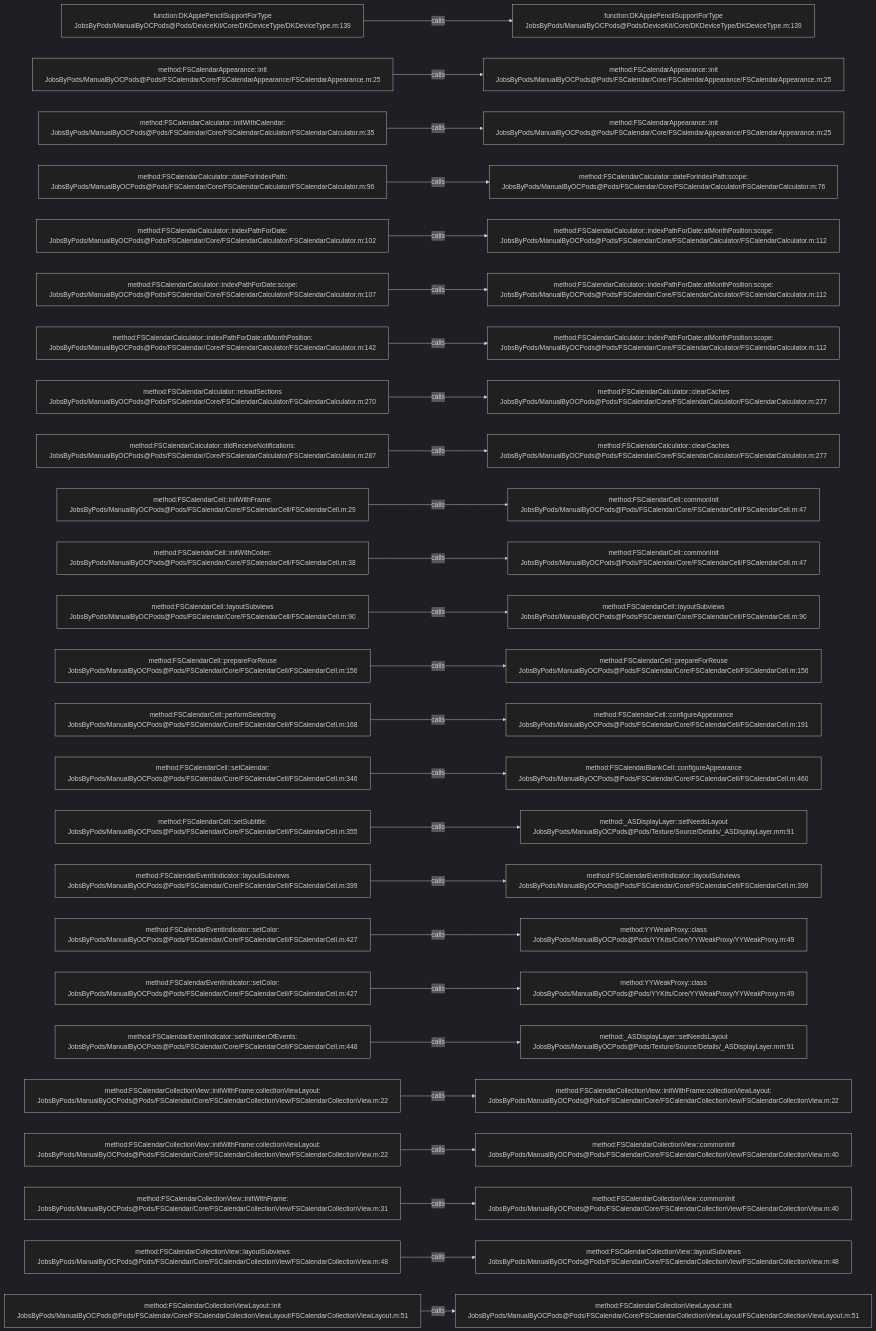
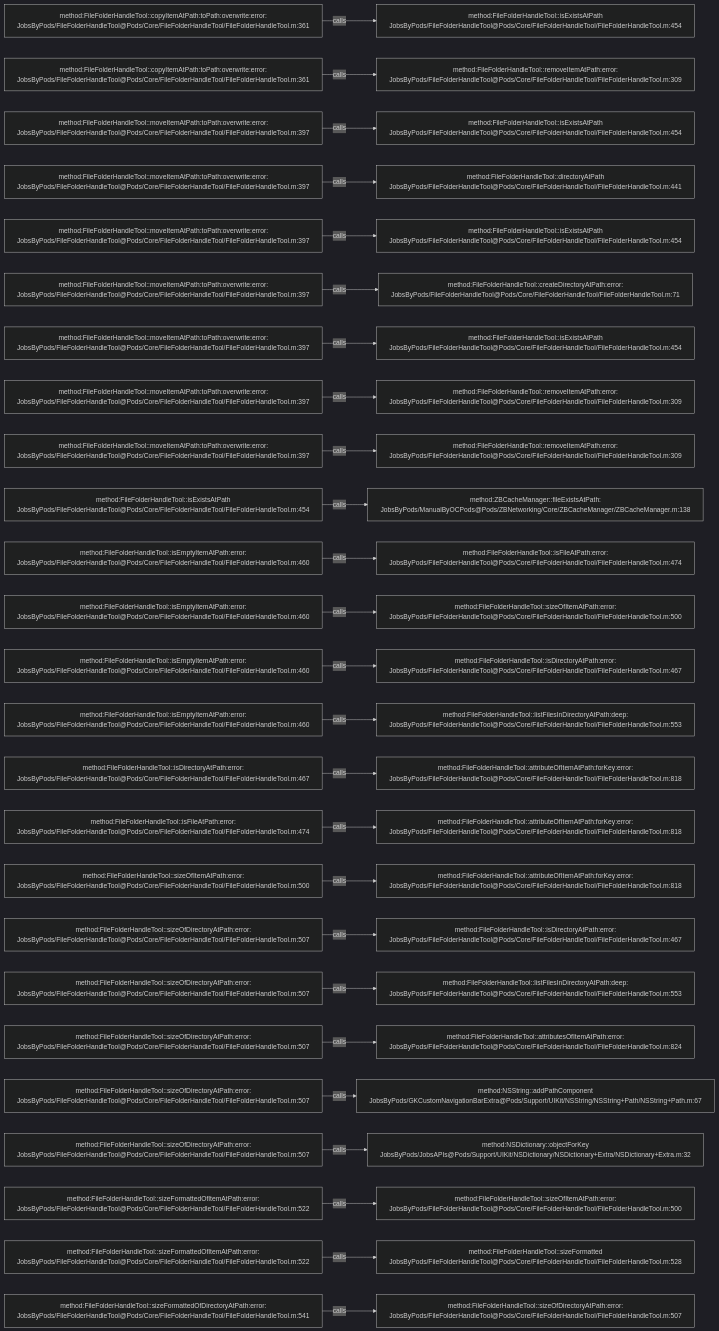
The diagram in .codegraph/codegraph.md/graphs/calls-007.md (JobsKits/JobsOCBaseConfigDemo), drawn with Mermaid (dark theme) before and after one commit. The commit also changed 768 other files, not shown here.

````diff
--- a/.codegraph/codegraph.md/graphs/calls-007.md
+++ b/.codegraph/codegraph.md/graphs/calls-007.md
@@ -13,78 +13,78 @@
 ```mermaid
 flowchart LR
-  S1["function:DKApplePencilSupportForType<br/>JobsByPods/ManualByOCPods@Pods/DeviceKit/Core/DKDeviceType/DKDeviceType.m:139"]
-  T1["function:DKApplePencilSupportForType<br/>JobsByPods/ManualByOCPods@Pods/DeviceKit/Core/DKDeviceType/DKDeviceType.m:139"]
+  S1["method:FileFolderHandleTool::copyItemAtPath:toPath:overwrite:error:<br/>JobsByPods/FileFolderHandleTool@Pods/Core/FileFolderHandleTool/FileFolderHandleTool.m:361"]
+  T1["method:FileFolderHandleTool::isExistsAtPath<br/>JobsByPods/FileFolderHandleTool@Pods/Core/FileFolderHandleTool/FileFolderHandleTool.m:454"]
   S1 -->|calls| T1
-  S2["method:FSCalendarAppearance::init<br/>JobsByPods/ManualByOCPods@Pods/FSCalendar/Core/FSCalendarAppearance/FSCalendarAppearance.m:25"]
-  T2["method:FSCalendarAppearance::init<br/>JobsByPods/ManualByOCPods@Pods/FSCalendar/Core/FSCalendarAppearance/FSCalendarAppearance.m:25"]
+  S2["method:FileFolderHandleTool::copyItemAtPath:toPath:overwrite:error:<br/>JobsByPods/FileFolderHandleTool@Pods/Core/FileFolderHandleTool/FileFolderHandleTool.m:361"]
+  T2["method:FileFolderHandleTool::removeItemAtPath:error:<br/>JobsByPods/FileFolderHandleTool@Pods/Core/FileFolderHandleTool/FileFolderHandleTool.m:309"]
   S2 -->|calls| T2
-  S3["method:FSCalendarCalculator::initWithCalendar:<br/>JobsByPods/ManualByOCPods@Pods/FSCalendar/Core/FSCalendarCalculator/FSCalendarCalculator.m:35"]
-  T3["method:FSCalendarAppearance::init<br/>JobsByPods/ManualByOCPods@Pods/FSCalendar/Core/FSCalendarAppearance/FSCalendarAppearance.m:25"]
+  S3["method:FileFolderHandleTool::moveItemAtPath:toPath:overwrite:error:<br/>JobsByPods/FileFolderHandleTool@Pods/Core/FileFolderHandleTool/FileFolderHandleTool.m:397"]
+  T3["method:FileFolderHandleTool::isExistsAtPath<br/>JobsByPods/FileFolderHandleTool@Pods/Core/FileFolderHandleTool/FileFolderHandleTool.m:454"]
   S3 -->|calls| T3
-  S4["method:FSCalendarCalculator::dateForIndexPath:<br/>JobsByPods/ManualByOCPods@Pods/FSCalendar/Core/FSCalendarCalculator/FSCalendarCalculator.m:96"]
-  T4["method:FSCalendarCalculator::dateForIndexPath:scope:<br/>JobsByPods/ManualByOCPods@Pods/FSCalendar/Core/FSCalendarCalculator/FSCalendarCalculator.m:76"]
+  S4["method:FileFolderHandleTool::moveItemAtPath:toPath:overwrite:error:<br/>JobsByPods/FileFolderHandleTool@Pods/Core/FileFolderHandleTool/FileFolderHandleTool.m:397"]
+  T4["method:FileFolderHandleTool::directoryAtPath<br/>JobsByPods/FileFolderHandleTool@Pods/Core/FileFolderHandleTool/FileFolderHandleTool.m:441"]
   S4 -->|calls| T4
-  S5["method:FSCalendarCalculator::indexPathForDate:<br/>JobsByPods/ManualByOCPods@Pods/FSCalendar/Core/FSCalendarCalculator/FSCalendarCalculator.m:102"]
-  T5["method:FSCalendarCalculator::indexPathForDate:atMonthPosition:scope:<br/>JobsByPods/ManualByOCPods@Pods/FSCalendar/Core/FSCalendarCalculator/FSCalendarCalculator.m:112"]
+  S5["method:FileFolderHandleTool::moveItemAtPath:toPath:overwrite:error:<br/>JobsByPods/FileFolderHandleTool@Pods/Core/FileFolderHandleTool/FileFolderHandleTool.m:397"]
+  T5["method:FileFolderHandleTool::isExistsAtPath<br/>JobsByPods/FileFolderHandleTool@Pods/Core/FileFolderHandleTool/FileFolderHandleTool.m:454"]
   S5 -->|calls| T5
-  S6["method:FSCalendarCalculator::indexPathForDate:scope:<br/>JobsByPods/ManualByOCPods@Pods/FSCalendar/Core/FSCalendarCalculator/FSCalendarCalculator.m:107"]
-  T6["method:FSCalendarCalculator::indexPathForDate:atMonthPosition:scope:<br/>JobsByPods/ManualByOCPods@Pods/FSCalendar/Core/FSCalendarCalculator/FSCalendarCalculator.m:112"]
+  S6["method:FileFolderHandleTool::moveItemAtPath:toPath:overwrite:error:<br/>JobsByPods/FileFolderHandleTool@Pods/Core/FileFolderHandleTool/FileFolderHandleTool.m:397"]
+  T6["method:FileFolderHandleTool::createDirectoryAtPath:error:<br/>JobsByPods/FileFolderHandleTool@Pods/Core/FileFolderHandleTool/FileFolderHandleTool.m:71"]
   S6 -->|calls| T6
-  S7["method:FSCalendarCalculator::indexPathForDate:atMonthPosition:<br/>JobsByPods/ManualByOCPods@Pods/FSCalendar/Core/FSCalendarCalculator/FSCalendarCalculator.m:142"]
-  T7["method:FSCalendarCalculator::indexPathForDate:atMonthPosition:scope:<br/>JobsByPods/ManualByOCPods@Pods/FSCalendar/Core/FSCalendarCalculator/FSCalendarCalculator.m:112"]
+  S7["method:FileFolderHandleTool::moveItemAtPath:toPath:overwrite:error:<br/>JobsByPods/FileFolderHandleTool@Pods/Core/FileFolderHandleTool/FileFolderHandleTool.m:397"]
+  T7["method:FileFolderHandleTool::isExistsAtPath<br/>JobsByPods/FileFolderHandleTool@Pods/Core/FileFolderHandleTool/FileFolderHandleTool.m:454"]
   S7 -->|calls| T7
-  S8["method:FSCalendarCalculator::reloadSections<br/>JobsByPods/ManualByOCPods@Pods/FSCalendar/Core/FSCalendarCalculator/FSCalendarCalculator.m:270"]
-  T8["method:FSCalendarCalculator::clearCaches<br/>JobsByPods/ManualByOCPods@Pods/FSCalendar/Core/FSCalendarCalculator/FSCalendarCalculator.m:277"]
+  S8["method:FileFolderHandleTool::moveItemAtPath:toPath:overwrite:error:<br/>JobsByPods/FileFolderHandleTool@Pods/Core/FileFolderHandleTool/FileFolderHandleTool.m:397"]
+  T8["method:FileFolderHandleTool::removeItemAtPath:error:<br/>JobsByPods/FileFolderHandleTool@Pods/Core/FileFolderHandleTool/FileFolderHandleTool.m:309"]
   S8 -->|calls| T8
-  S9["method:FSCalendarCalculator::didReceiveNotifications:<br/>JobsByPods/ManualByOCPods@Pods/FSCalendar/Core/FSCalendarCalculator/FSCalendarCalculator.m:287"]
-  T9["method:FSCalendarCalculator::clearCaches<br/>JobsByPods/ManualByOCPods@Pods/FSCalendar/Core/FSCalendarCalculator/FSCalendarCalculator.m:277"]
+  S9["method:FileFolderHandleTool::moveItemAtPath:toPath:overwrite:error:<br/>JobsByPods/FileFolderHandleTool@Pods/Core/FileFolderHandleTool/FileFolderHandleTool.m:397"]
+  T9["method:FileFolderHandleTool::removeItemAtPath:error:<br/>JobsByPods/FileFolderHandleTool@Pods/Core/FileFolderHandleTool/FileFolderHandleTool.m:309"]
   S9 -->|calls| T9
-  S10["method:FSCalendarCell::initWithFrame:<br/>JobsByPods/ManualByOCPods@Pods/FSCalendar/Core/FSCalendarCell/FSCalendarCell.m:29"]
-  T10["method:FSCalendarCell::commonInit<br/>JobsByPods/ManualByOCPods@Pods/FSCalendar/Core/FSCalendarCell/FSCalendarCell.m:47"]
+  S10["method:FileFolderHandleTool::isExistsAtPath<br/>JobsByPods/FileFolderHandleTool@Pods/Core/FileFolderHandleTool/FileFolderHandleTool.m:454"]
+  T10["method:ZBCacheManager::fileExistsAtPath:<br/>JobsByPods/ManualByOCPods@Pods/ZBNetworking/Core/ZBCacheManager/ZBCacheManager.m:138"]
   S10 -->|calls| T10
-  S11["method:FSCalendarCell::initWithCoder:<br/>JobsByPods/ManualByOCPods@Pods/FSCalendar/Core/FSCalendarCell/FSCalendarCell.m:38"]
-  T11["method:FSCalendarCell::commonInit<br/>JobsByPods/ManualByOCPods@Pods/FSCalendar/Core/FSCalendarCell/FSCalendarCell.m:47"]
+  S11["method:FileFolderHandleTool::isEmptyItemAtPath:error:<br/>JobsByPods/FileFolderHandleTool@Pods/Core/FileFolderHandleTool/FileFolderHandleTool.m:460"]
+  T11["method:FileFolderHandleTool::isFileAtPath:error:<br/>JobsByPods/FileFolderHandleTool@Pods/Core/FileFolderHandleTool/FileFolderHandleTool.m:474"]
   S11 -->|calls| T11
-  S12["method:FSCalendarCell::layoutSubviews<br/>JobsByPods/ManualByOCPods@Pods/FSCalendar/Core/FSCalendarCell/FSCalendarCell.m:90"]
-  T12["method:FSCalendarCell::layoutSubviews<br/>JobsByPods/ManualByOCPods@Pods/FSCalendar/Core/FSCalendarCell/FSCalendarCell.m:90"]
+  S12["method:FileFolderHandleTool::isEmptyItemAtPath:error:<br/>JobsByPods/FileFolderHandleTool@Pods/Core/FileFolderHandleTool/FileFolderHandleTool.m:460"]
+  T12["method:FileFolderHandleTool::sizeOfItemAtPath:error:<br/>JobsByPods/FileFolderHandleTool@Pods/Core/FileFolderHandleTool/FileFolderHandleTool.m:500"]
   S12 -->|calls| T12
-  S13["method:FSCalendarCell::prepareForReuse<br/>JobsByPods/ManualByOCPods@Pods/FSCalendar/Core/FSCalendarCell/FSCalendarCell.m:156"]
-  T13["method:FSCalendarCell::prepareForReuse<br/>JobsByPods/ManualByOCPods@Pods/FSCalendar/Core/FSCalendarCell/FSCalendarCell.m:156"]
+  S13["method:FileFolderHandleTool::isEmptyItemAtPath:error:<br/>JobsByPods/FileFolderHandleTool@Pods/Core/FileFolderHandleTool/FileFolderHandleTool.m:460"]
+  T13["method:FileFolderHandleTool::isDirectoryAtPath:error:<br/>JobsByPods/FileFolderHandleTool@Pods/Core/FileFolderHandleTool/FileFolderHandleTool.m:467"]
   S13 -->|calls| T13
-  S14["method:FSCalendarCell::performSelecting<br/>JobsByPods/ManualByOCPods@Pods/FSCalendar/Core/FSCalendarCell/FSCalendarCell.m:168"]
-  T14["method:FSCalendarCell::configureAppearance<br/>JobsByPods/ManualByOCPods@Pods/FSCalendar/Core/FSCalendarCell/FSCalendarCell.m:191"]
+  S14["method:FileFolderHandleTool::isEmptyItemAtPath:error:<br/>JobsByPods/FileFolderHandleTool@Pods/Core/FileFolderHandleTool/FileFolderHandleTool.m:460"]
+  T14["method:FileFolderHandleTool::listFilesInDirectoryAtPath:deep:<br/>JobsByPods/FileFolderHandleTool@Pods/Core/FileFolderHandleTool/FileFolderHandleTool.m:553"]
   S14 -->|calls| T14
-  S15["method:FSCalendarCell::setCalendar:<br/>JobsByPods/ManualByOCPods@Pods/FSCalendar/Core/FSCalendarCell/FSCalendarCell.m:346"]
-  T15["method:FSCalendarBlankCell::configureAppearance<br/>JobsByPods/ManualByOCPods@Pods/FSCalendar/Core/FSCalendarCell/FSCalendarCell.m:460"]
+  S15["method:FileFolderHandleTool::isDirectoryAtPath:error:<br/>JobsByPods/FileFolderHandleTool@Pods/Core/FileFolderHandleTool/FileFolderHandleTool.m:467"]
+  T15["method:FileFolderHandleTool::attributeOfItemAtPath:forKey:error:<br/>JobsByPods/FileFolderHandleTool@Pods/Core/FileFolderHandleTool/FileFolderHandleTool.m:818"]
   S15 -->|calls| T15
-  S16["method:FSCalendarCell::setSubtitle:<br/>JobsByPods/ManualByOCPods@Pods/FSCalendar/Core/FSCalendarCell/FSCalendarCell.m:355"]
-  T16["method:_ASDisplayLayer::setNeedsLayout<br/>JobsByPods/ManualByOCPods@Pods/Texture/Source/Details/_ASDisplayLayer.mm:91"]
+  S16["method:FileFolderHandleTool::isFileAtPath:error:<br/>JobsByPods/FileFolderHandleTool@Pods/Core/FileFolderHandleTool/FileFolderHandleTool.m:474"]
+  T16["method:FileFolderHandleTool::attributeOfItemAtPath:forKey:error:<br/>JobsByPods/FileFolderHandleTool@Pods/Core/FileFolderHandleTool/FileFolderHandleTool.m:818"]
   S16 -->|calls| T16
-  S17["method:FSCalendarEventIndicator::layoutSubviews<br/>JobsByPods/ManualByOCPods@Pods/FSCalendar/Core/FSCalendarCell/FSCalendarCell.m:399"]
-  T17["method:FSCalendarEventIndicator::layoutSubviews<br/>JobsByPods/ManualByOCPods@Pods/FSCalendar/Core/FSCalendarCell/FSCalendarCell.m:399"]
+  S17["method:FileFolderHandleTool::sizeOfItemAtPath:error:<br/>JobsByPods/FileFolderHandleTool@Pods/Core/FileFolderHandleTool/FileFolderHandleTool.m:500"]
+  T17["method:FileFolderHandleTool::attributeOfItemAtPath:forKey:error:<br/>JobsByPods/FileFolderHandleTool@Pods/Core/FileFolderHandleTool/FileFolderHandleTool.m:818"]
   S17 -->|calls| T17
-  S18["method:FSCalendarEventIndicator::setColor:<br/>JobsByPods/ManualByOCPods@Pods/FSCalendar/Core/FSCalendarCell/FSCalendarCell.m:427"]
-  T18["method:YYWeakProxy::class<br/>JobsByPods/ManualByOCPods@Pods/YYKits/Core/YYWeakProxy/YYWeakProxy.m:49"]
+  S18["method:FileFolderHandleTool::sizeOfDirectoryAtPath:error:<br/>JobsByPods/FileFolderHandleTool@Pods/Core/FileFolderHandleTool/FileFolderHandleTool.m:507"]
+  T18["method:FileFolderHandleTool::isDirectoryAtPath:error:<br/>JobsByPods/FileFolderHandleTool@Pods/Core/FileFolderHandleTool/FileFolderHandleTool.m:467"]
   S18 -->|calls| T18
-  S19["method:FSCalendarEventIndicator::setColor:<br/>JobsByPods/ManualByOCPods@Pods/FSCalendar/Core/FSCalendarCell/FSCalendarCell.m:427"]
-  T19["method:YYWeakProxy::class<br/>JobsByPods/ManualByOCPods@Pods/YYKits/Core/YYWeakProxy/YYWeakProxy.m:49"]
+  S19["method:FileFolderHandleTool::sizeOfDirectoryAtPath:error:<br/>JobsByPods/FileFolderHandleTool@Pods/Core/FileFolderHandleTool/FileFolderHandleTool.m:507"]
+  T19["method:FileFolderHandleTool::listFilesInDirectoryAtPath:deep:<br/>JobsByPods/FileFolderHandleTool@Pods/Core/FileFolderHandleTool/FileFolderHandleTool.m:553"]
   S19 -->|calls| T19
-  S20["method:FSCalendarEventIndicator::setNumberOfEvents:<br/>JobsByPods/ManualByOCPods@Pods/FSCalendar/Core/FSCalendarCell/FSCalendarCell.m:448"]
-  T20["method:_ASDisplayLayer::setNeedsLayout<br/>JobsByPods/ManualByOCPods@Pods/Texture/Source/Details/_ASDisplayLayer.mm:91"]
+  S20["method:FileFolderHandleTool::sizeOfDirectoryAtPath:error:<br/>JobsByPods/FileFolderHandleTool@Pods/Core/FileFolderHandleTool/FileFolderHandleTool.m:507"]
+  T20["method:FileFolderHandleTool::attributesOfItemAtPath:error:<br/>JobsByPods/FileFolderHandleTool@Pods/Core/FileFolderHandleTool/FileFolderHandleTool.m:824"]
   S20 -->|calls| T20
-  S21["method:FSCalendarCollectionView::initWithFrame:collectionViewLayout:<br/>JobsByPods/ManualByOCPods@Pods/FSCalendar/Core/FSCalendarCollectionView/FSCalendarCollectionView.m:22"]
-  T21["method:FSCalendarCollectionView::initWithFrame:collectionViewLayout:<br/>JobsByPods/ManualByOCPods@Pods/FSCalendar/Core/FSCalendarCollectionView/FSCalendarCollectionView.m:22"]
+  S21["method:FileFolderHandleTool::sizeOfDirectoryAtPath:error:<br/>JobsByPods/FileFolderHandleTool@Pods/Core/FileFolderHandleTool/FileFolderHandleTool.m:507"]
+  T21["method:NSString::addPathComponent<br/>JobsByPods/GKCustomNavigationBarExtra@Pods/Support/UIKit/NSString/NSString+Path/NSString+Path.m:67"]
   S21 -->|calls| T21
-  S22["method:FSCalendarCollectionView::initWithFrame:collectionViewLayout:<br/>JobsByPods/ManualByOCPods@Pods/FSCalendar/Core/FSCalendarCollectionView/FSCalendarCollectionView.m:22"]
-  T22["method:FSCalendarCollectionView::commonInit<br/>JobsByPods/ManualByOCPods@Pods/FSCalendar/Core/FSCalendarCollectionView/FSCalendarCollectionView.m:40"]
+  S22["method:FileFolderHandleTool::sizeOfDirectoryAtPath:error:<br/>JobsByPods/FileFolderHandleTool@Pods/Core/FileFolderHandleTool/FileFolderHandleTool.m:507"]
+  T22["method:NSDictionary::objectForKey<br/>JobsByPods/JobsAPIs@Pods/Support/UIKit/NSDictionary/NSDictionary+Extra/NSDictionary+Extra.m:32"]
   S22 -->|calls| T22
-  S23["method:FSCalendarCollectionView::initWithFrame:<br/>JobsByPods/ManualByOCPods@Pods/FSCalendar/Core/FSCalendarCollectionView/FSCalendarCollectionView.m:31"]
-  T23["method:FSCalendarCollectionView::commonInit<br/>JobsByPods/ManualByOCPods@Pods/FSCalendar/Core/FSCalendarCollectionView/FSCalendarCollectionView.m:40"]
+  S23["method:FileFolderHandleTool::sizeFormattedOfItemAtPath:error:<br/>JobsByPods/FileFolderHandleTool@Pods/Core/FileFolderHandleTool/FileFolderHandleTool.m:522"]
+  T23["method:FileFolderHandleTool::sizeOfItemAtPath:error:<br/>JobsByPods/FileFolderHandleTool@Pods/Core/FileFolderHandleTool/FileFolderHandleTool.m:500"]
   S23 -->|calls| T23
-  S24["method:FSCalendarCollectionView::layoutSubviews<br/>JobsByPods/ManualByOCPods@Pods/FSCalendar/Core/FSCalendarCollectionView/FSCalendarCollectionView.m:48"]
-  T24["method:FSCalendarCollectionView::layoutSubviews<br/>JobsByPods/ManualByOCPods@Pods/FSCalendar/Core/FSCalendarCollectionView/FSCalendarCollectionView.m:48"]
+  S24["method:FileFolderHandleTool::sizeFormattedOfItemAtPath:error:<br/>JobsByPods/FileFolderHandleTool@Pods/Core/FileFolderHandleTool/FileFolderHandleTool.m:522"]
+  T24["method:FileFolderHandleTool::sizeFormatted<br/>JobsByPods/FileFolderHandleTool@Pods/Core/FileFolderHandleTool/FileFolderHandleTool.m:528"]
   S24 -->|calls| T24
-  S25["method:FSCalendarCollectionViewLayout::init<br/>JobsByPods/ManualByOCPods@Pods/FSCalendar/Core/FSCalendarCollectionViewLayout/FSCalendarCollectionViewLayout.m:51"]
-  T25["method:FSCalendarCollectionViewLayout::init<br/>JobsByPods/ManualByOCPods@Pods/FSCalendar/Core/FSCalendarCollectionViewLayout/FSCalendarCollectionViewLayout.m:51"]
+  S25["method:FileFolderHandleTool::sizeFormattedOfDirectoryAtPath:error:<br/>JobsByPods/FileFolderHandleTool@Pods/Core/FileFolderHandleTool/FileFolderHandleTool.m:541"]
+  T25["method:FileFolderHandleTool::sizeOfDirectoryAtPath:error:<br/>JobsByPods/FileFolderHandleTool@Pods/Core/FileFolderHandleTool/FileFolderHandleTool.m:507"]
   S25 -->|calls| T25
 ```
````
